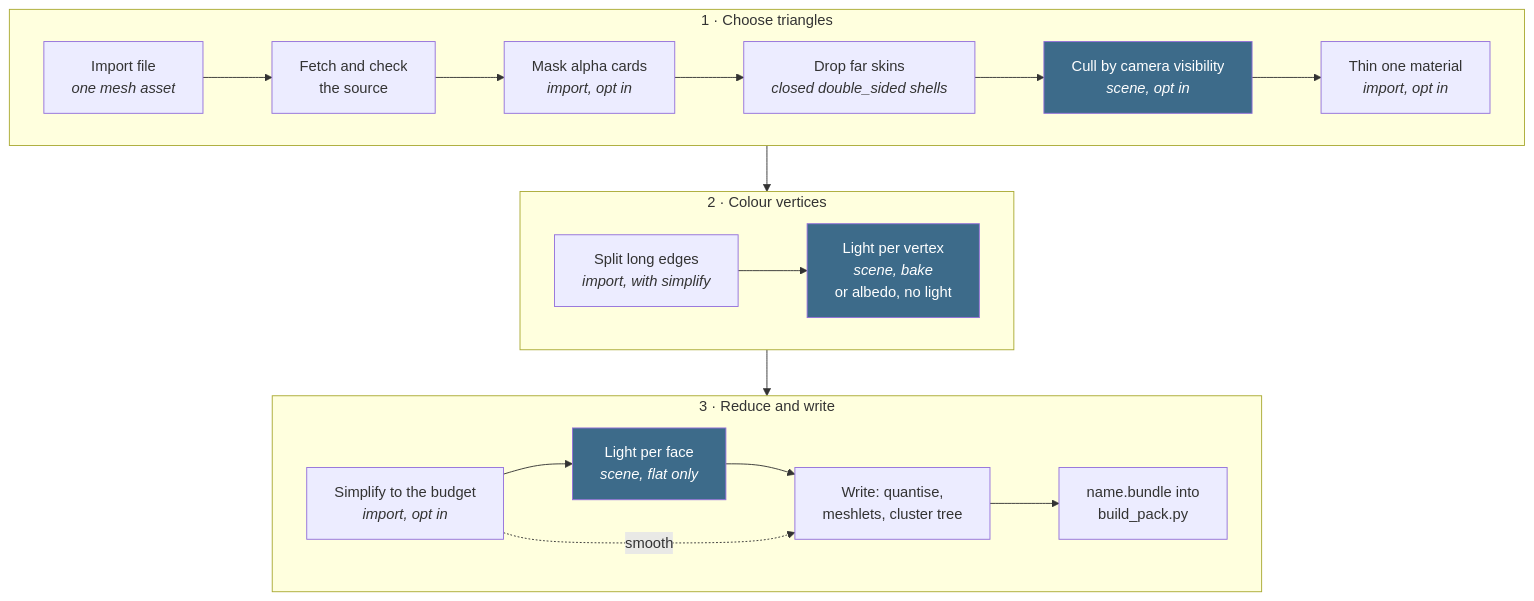
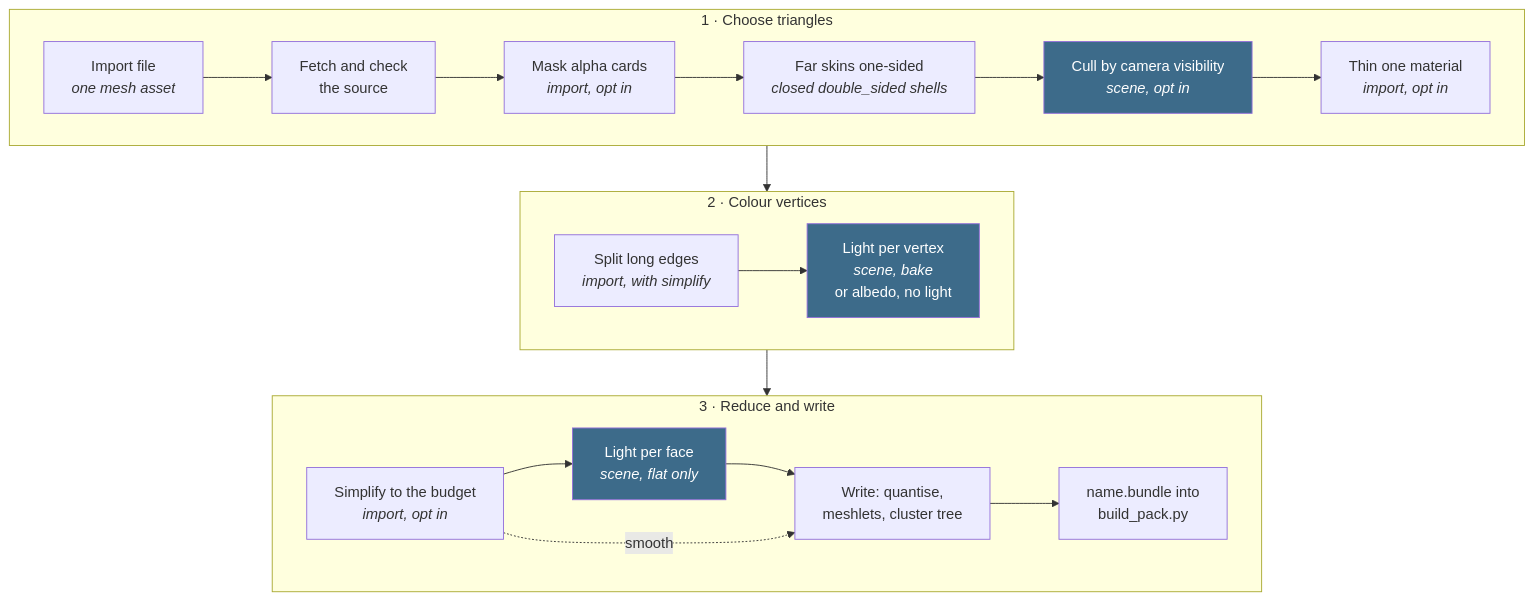
The first of 3 diagrams in docs/render/offline/Mesh-Import.md (jose-villegas/autana), drawn with Mermaid before and after one commit. The commit also changed other lines of this file and 3 other files, not shown here.

Commit message:
r3d: a closed double_sided shell's far skin is drawn from its own side, not dropped; sidedness rides a single-sided twin material

````diff
--- a/docs/render/offline/Mesh-Import.md
+++ b/docs/render/offline/Mesh-Import.md
@@ -8,19 +8,19 @@
 ```mermaid
 flowchart TB
     subgraph Cut["1 · Choose triangles"]
     direction LR
-    Import["Import file<br/><i>one mesh asset</i>"] --> Fetch["Fetch and check<br/>the source"] --> Mask["Mask alpha cards<br/><i>import, opt in</i>"] --> Skin["Drop far skins<br/><i>closed double_sided shells</i>"] --> Vis["Cull by camera visibility<br/><i>scene, opt in</i>"] --> Thin["Thin one material<br/><i>import, opt in</i>"]
+    Import["Import file<br/><i>one mesh asset</i>"] --> Fetch["Fetch and check<br/>the source"] --> Mask["Mask alpha cards<br/><i>import, opt in</i>"] --> Skin["Far skins one-sided<br/><i>closed double_sided shells</i>"] --> Vis["Cull by camera visibility<br/><i>scene, opt in</i>"] --> Thin["Thin one material<br/><i>import, opt in</i>"]
     end
     subgraph Light["2 · Colour vertices"]
     direction LR
     Dense["Split long edges<br/><i>import, with simplify</i>"] --> Lit["Light per vertex<br/><i>scene, bake</i><br/>or albedo, no light"]
     end
     subgraph Finish["3 · Reduce and write"]
     direction LR
     Simp["Simplify to the budget<br/><i>import, opt in</i>"] --> Face["Light per face<br/><i>scene, flat only</i>"] --> Write["Write: quantise,<br/>meshlets, cluster tree"] --> Pack["name.bundle into<br/>build_pack.py"]
     Simp -. smooth .-> Write
     end
     Cut --> Light --> Finish
     classDef scene fill:#3d6b8a,color:#fff
     class Vis,Lit,Face scene
 ```
````
